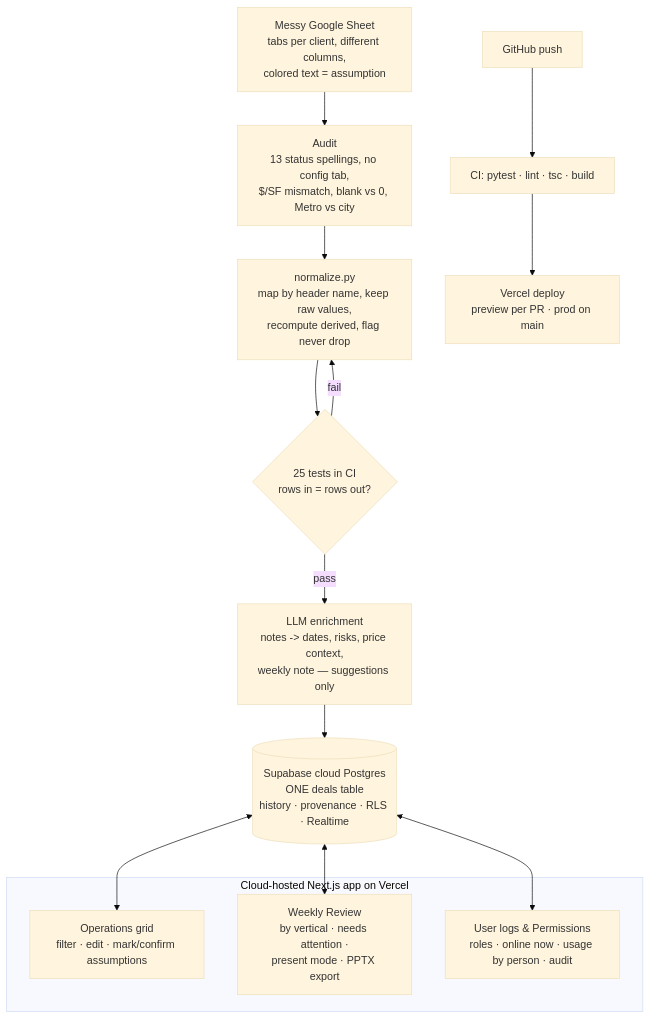
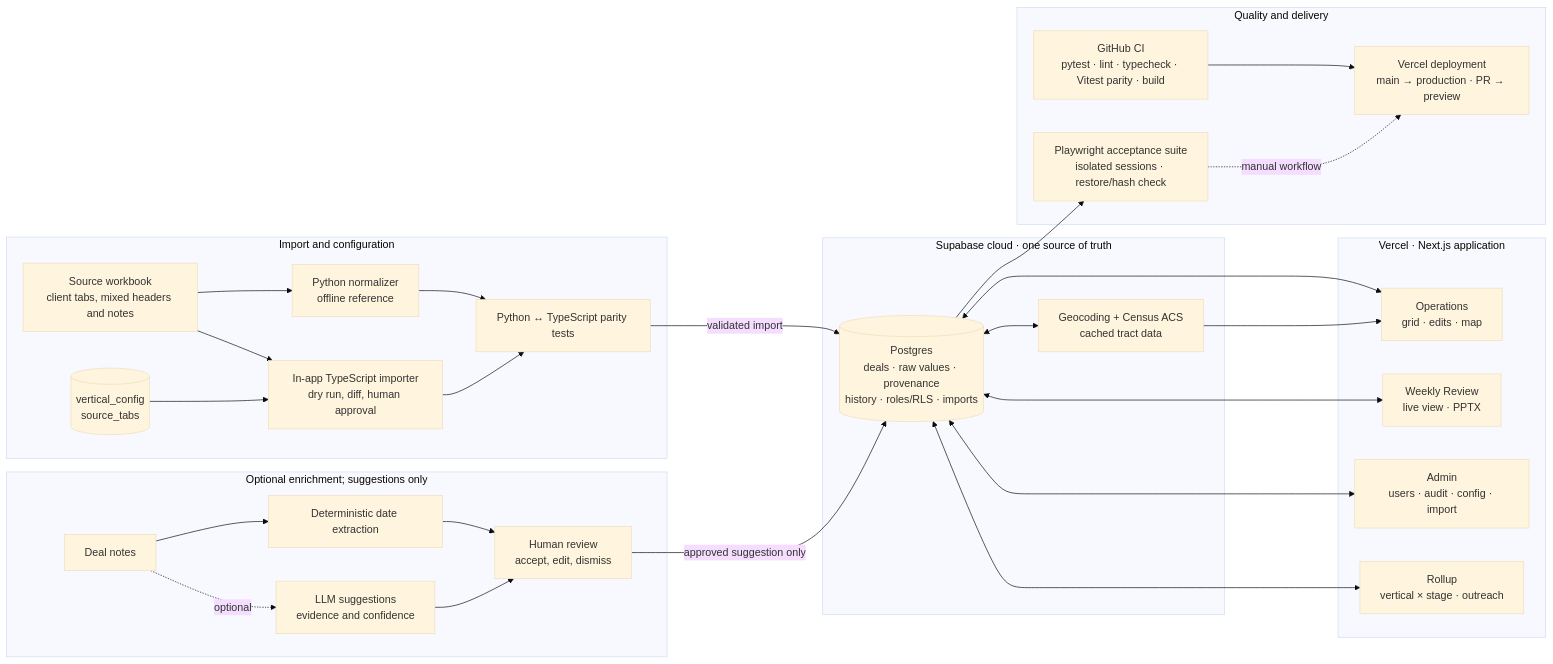
The diagram in docs/flowchart.mmd (DiegoOrtizRuiz/Atoms-Website), drawn with Mermaid (base theme) before and after one commit. The commit also changed 9 other files, not shown here.

```diff
--- a/docs/flowchart.mmd
+++ b/docs/flowchart.mmd
@@ -1,16 +1,55 @@
-flowchart TD
-  A[Messy Google Sheet<br/>tabs per client, different columns,<br/>colored text = assumption] --> B[Audit<br/>13 status spellings, no config tab,<br/>$/SF mismatch, blank vs 0, Metro vs city]
-  B --> C[normalize.py<br/>map by header name, keep raw values,<br/>recompute derived, flag never drop]
-  C --> T{25 tests in CI<br/>rows in = rows out?}
-  T -- fail --> C
-  T -- pass --> D[LLM enrichment<br/>notes -> dates, risks, price context,<br/>weekly note — suggestions only]
-  D --> E[(Supabase cloud Postgres<br/>ONE deals table<br/>history · provenance · RLS · Realtime)]
-  subgraph Vercel[Cloud-hosted Next.js app on Vercel]
-    F[Operations grid<br/>filter · edit · mark/confirm assumptions]
-    G[Weekly Review<br/>by vertical · needs attention ·<br/>present mode · PPTX export]
-    H[User logs & Permissions<br/>roles · online now · usage by person · audit]
+flowchart LR
+  Workbook[Source workbook<br/>client tabs, mixed headers and notes]
+
+  subgraph Import[Import and configuration]
+    Py[Python normalizer<br/>offline reference]
+    TS[In-app TypeScript importer<br/>dry run, diff, human approval]
+    Config[(vertical_config<br/>source_tabs)]
+    Parity[Python ↔ TypeScript parity tests]
+    Workbook --> Py
+    Workbook --> TS
+    Config --> TS
+    Py --> Parity
+    TS --> Parity
   end
-  E <--> F
-  E <--> G
-  E <--> H
-  I[GitHub push] --> J[CI: pytest · lint · tsc · build] --> K[Vercel deploy<br/>preview per PR · prod on main]
+
+  subgraph Enrichment[Optional enrichment; suggestions only]
+    Notes[Deal notes]
+    Extract[Deterministic date extraction]
+    LLM[LLM suggestions<br/>evidence and confidence]
+    Review[Human review<br/>accept, edit, dismiss]
+    Notes --> Extract
+    Notes -. optional .-> LLM
+    Extract --> Review
+    LLM --> Review
+  end
+
+  subgraph Cloud[Supabase cloud · one source of truth]
+    DB[(Postgres<br/>deals · raw values · provenance<br/>history · roles/RLS · imports)]
+    Geo[Geocoding + Census ACS<br/>cached tract data]
+    DB <--> Geo
+  end
+
+  Parity -->|validated import| DB
+  Review -->|approved suggestion only| DB
+
+  subgraph Product[Vercel · Next.js application]
+    Ops[Operations<br/>grid · edits · map]
+    Weekly[Weekly Review<br/>live view · PPTX]
+    Admin[Admin<br/>users · audit · config · import]
+    Rollup[Rollup<br/>vertical × stage · outreach]
+  end
+  DB <--> Ops
+  DB <--> Weekly
+  DB <--> Admin
+  DB <--> Rollup
+  Geo --> Ops
+
+  subgraph Delivery[Quality and delivery]
+    CI[GitHub CI<br/>pytest · lint · typecheck · Vitest parity · build]
+    E2E[Playwright acceptance suite<br/>isolated sessions · restore/hash check]
+    Deploy[Vercel deployment<br/>main → production · PR → preview]
+  end
+  DB --> E2E
+  CI --> Deploy
+  E2E -. manual workflow .-> Deploy
```
